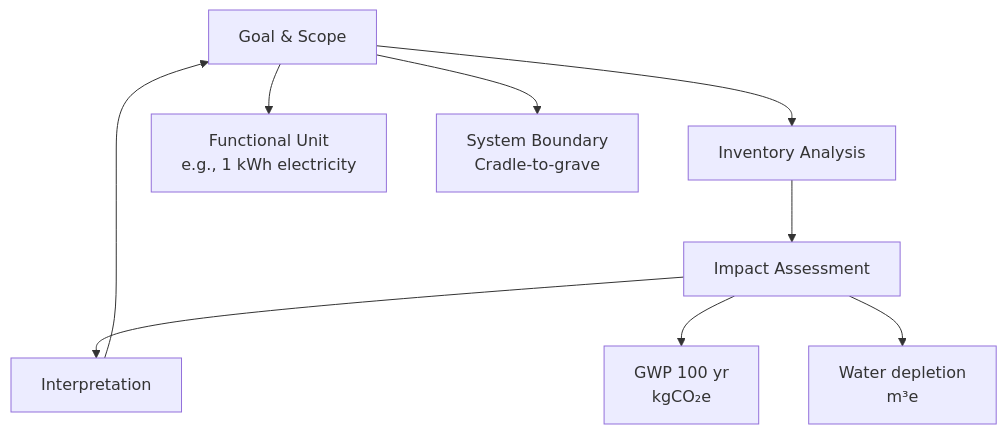
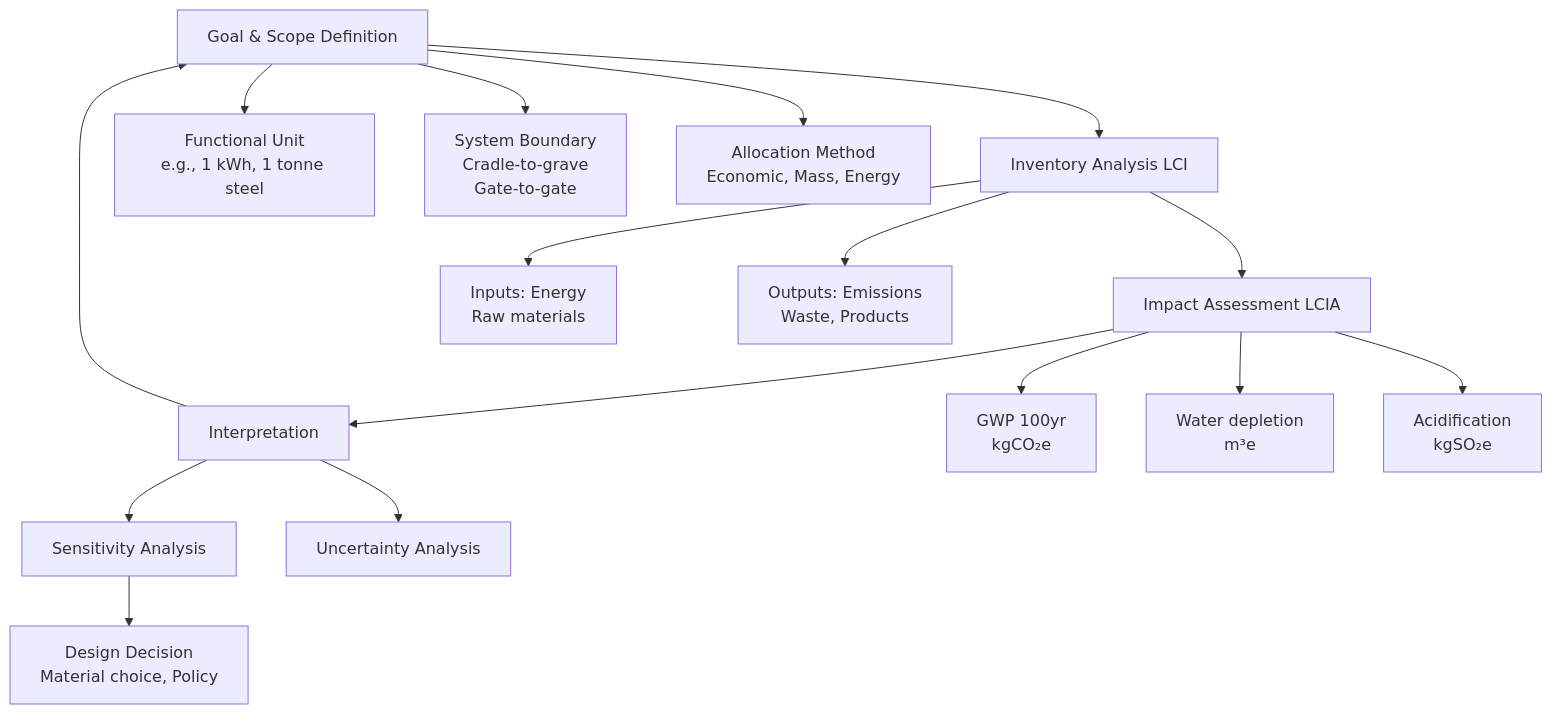
The second of 5 diagrams in MIT_CEE_Core/Track_3_Energy_Transportation_Societal_Systems/Transportation_Urban_Systems/02_1.020_Engineering_Sustainability.md (yip-lgtm/civil-bootcamp), drawn with Mermaid before and after one commit. The commit also changed other lines of this file and 6 other files, not shown here.

````diff
--- a/MIT_CEE_Core/Track_3_Energy_Transportation_Societal_Systems/Transportation_Urban_Systems/02_1.020_Engineering_Sustainability.md
+++ b/MIT_CEE_Core/Track_3_Energy_Transportation_Societal_Systems/Transportation_Urban_Systems/02_1.020_Engineering_Sustainability.md
@@ -181,11 +542,18 @@
 ```mermaid
 graph TD
-    A[Goal & Scope] --> B[Inventory Analysis]
-    B --> C[Impact Assessment]
+    A[Goal & Scope Definition] --> B[Inventory Analysis LCI]
+    B --> C[Impact Assessment LCIA]
     C --> D[Interpretation]
     D --> A
-    A --> E[Functional Unit<br/>e.g., 1 kWh electricity]
-    A --> F[System Boundary<br/>Cradle-to-grave]
-    C --> G[GWP 100 yr<br/>kgCO₂e]
-    C --> H[Water depletion<br/>m³e]
+    A --> E[Functional Unit<br/>e.g., 1 kWh, 1 tonne steel]
+    A --> F[System Boundary<br/>Cradle-to-grave<br/>Gate-to-gate]
+    A --> G[Allocation Method<br/>Economic, Mass, Energy]
+    B --> H[Inputs: Energy<br/>Raw materials]
+    B --> I[Outputs: Emissions<br/>Waste, Products]
+    C --> J[GWP 100yr<br/>kgCO₂e]
+    C --> K[Water depletion<br/>m³e]
+    C --> L[Acidification<br/>kgSO₂e]
+    D --> M[Sensitivity Analysis]
+    D --> N[Uncertainty Analysis]
+    M --> O[Design Decision<br/>Material choice, Policy]
 ```
````
